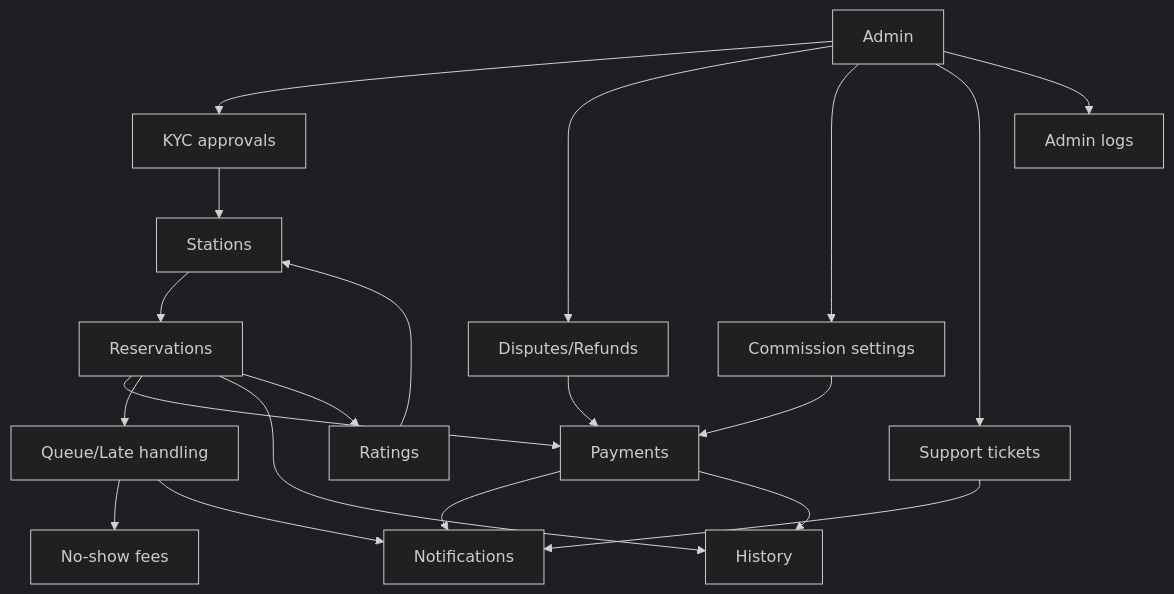
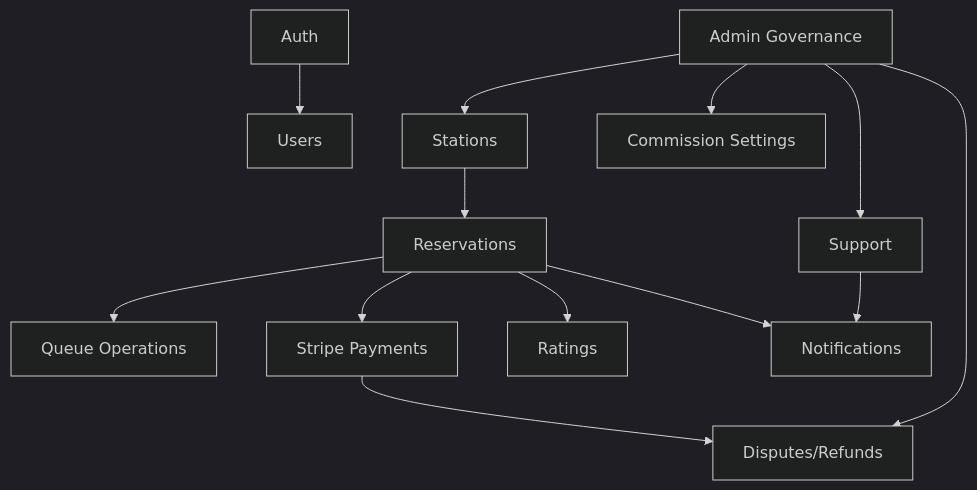
One commit to LAVE-AUTO/lavo changed the second of 7 diagrams in docs/CHARTS_PROVIDER.md. Above: the diagram before and after it, drawn with Mermaid (dark theme). The commit also changed other lines of this file and 7 other files, not shown here.

````diff
--- a/docs/CHARTS_PROVIDER.md
+++ b/docs/CHARTS_PROVIDER.md
@@ -32,27 +35,15 @@
 ```mermaid
 flowchart TD
+    Auth[Auth] --> Users[Users]
     Stations[Stations] --> Reservations[Reservations]
-    Reservations --> Payments[Payments]
-    Payments --> Notifications[Notifications]
-
-    Reservations --> Queue[Queue/Late handling]
-    Queue --> NoShow[No-show fees]
-    Queue --> Notifications
-
-    Reservations --> History[History]
-    Payments --> History
-
+    Reservations --> Queue[Queue Operations]
+    Reservations --> Payments[Stripe Payments]
+    Payments --> Disputes[Disputes/Refunds]
     Reservations --> Ratings[Ratings]
-    Ratings --> Stations
-
-    Admin[Admin] --> Kyc[KYC approvals]
-    Admin --> Disputes[Disputes/Refunds]
-    Admin --> Commission[Commission settings]
-    Admin --> Support[Support tickets]
-    Admin --> Logs[Admin logs]
-
-    Kyc --> Stations
-    Disputes --> Payments
-    Commission --> Payments
+    Reservations --> Notifications[Notifications]
+    Admin[Admin Governance] --> Stations
+    Admin --> Disputes
+    Admin --> Commission[Commission Settings]
+    Admin --> Support[Support]
     Support --> Notifications
 ```
````
